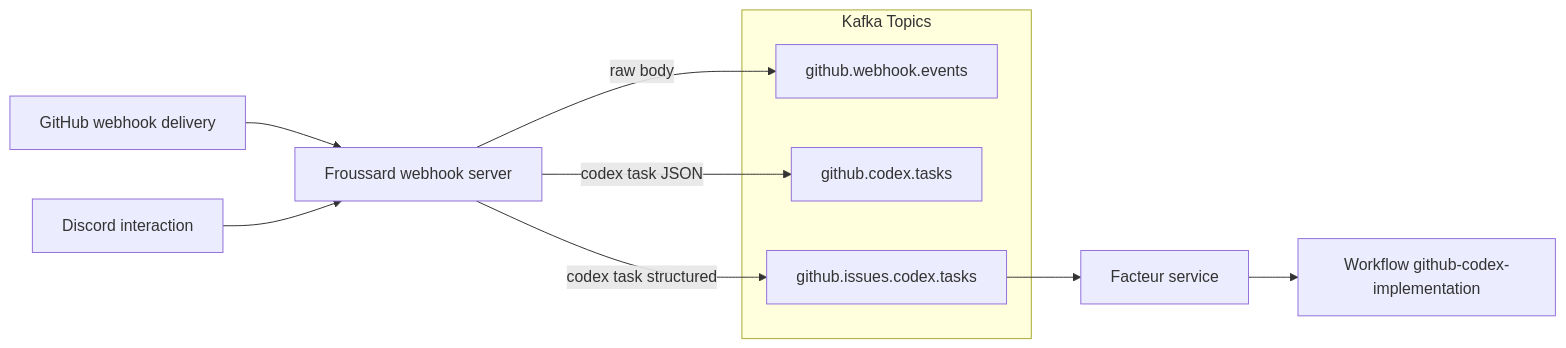
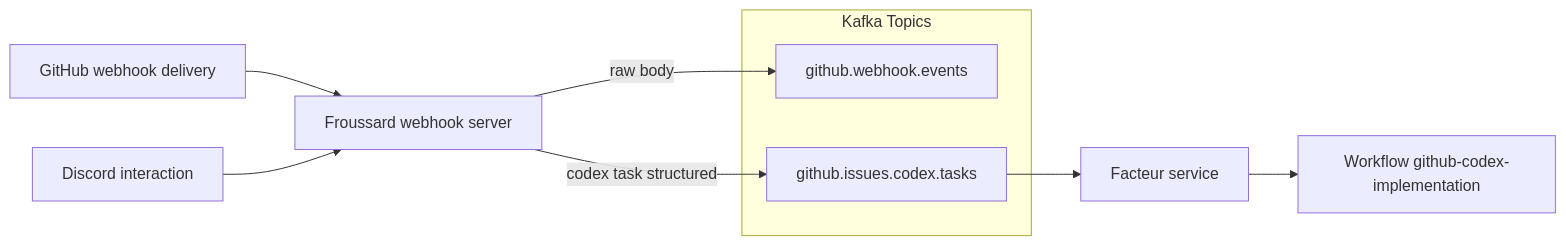
Before and after one commit to proompteng/lab: the diagram in docs/codex-workflow.md, drawn with Mermaid. The commit also changed other lines of this file and 22 other files, not shown here.

Commit message:
refactor: drop codex json topic

````diff
--- a/docs/codex-workflow.md
+++ b/docs/codex-workflow.md
@@ -12,15 +12,13 @@
 ```mermaid
 flowchart LR
   GH[GitHub webhook delivery] --> Froussard[Froussard webhook server]
   Discord[Discord interaction] --> Froussard
   subgraph Kafka[Kafka Topics]
     Raw[github.webhook.events]
-    Tasks[github.codex.tasks]
     Structured[github.issues.codex.tasks]
   end
   Froussard -->|raw body| Raw
-  Froussard -->|codex task JSON| Tasks
   Froussard -->|codex task structured| Structured
   Structured --> Facteur[Facteur service]
   Facteur --> Implementation["Workflow github-codex-implementation"]
 ```
````
